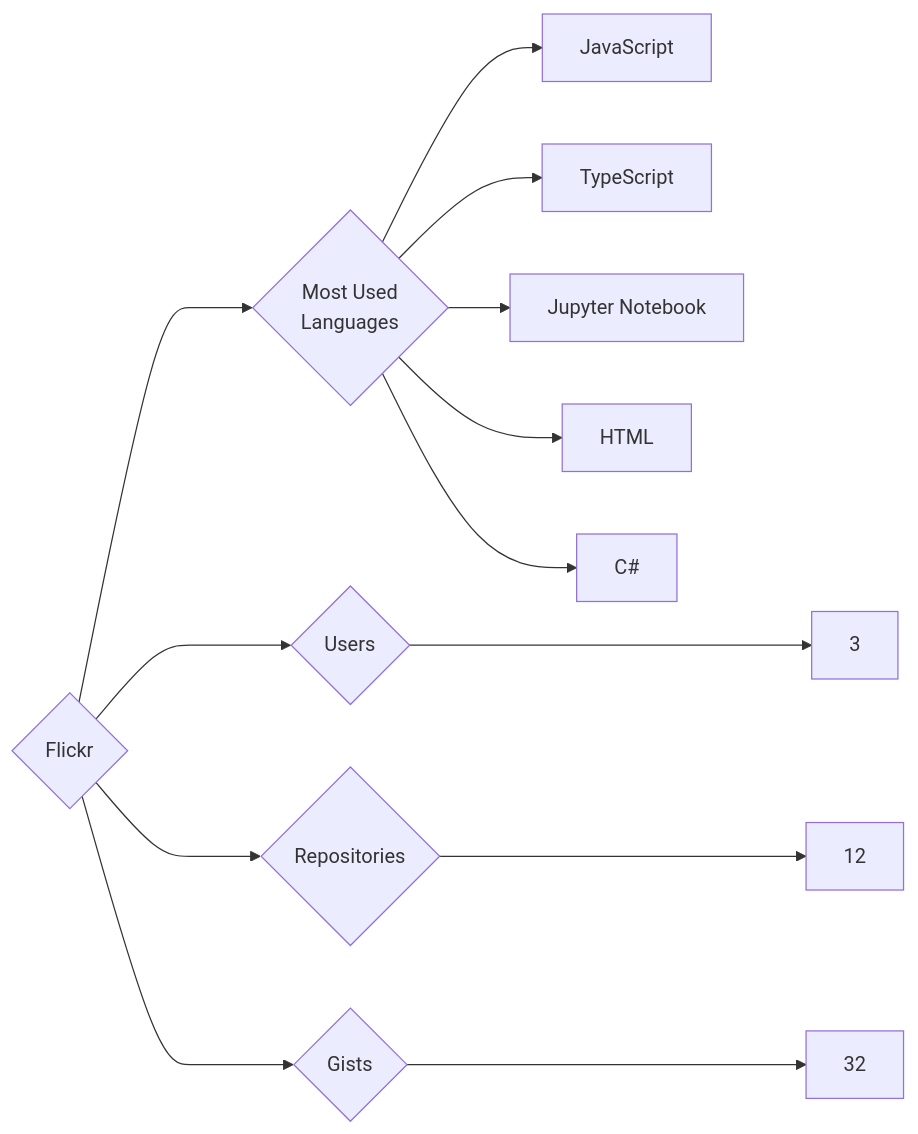
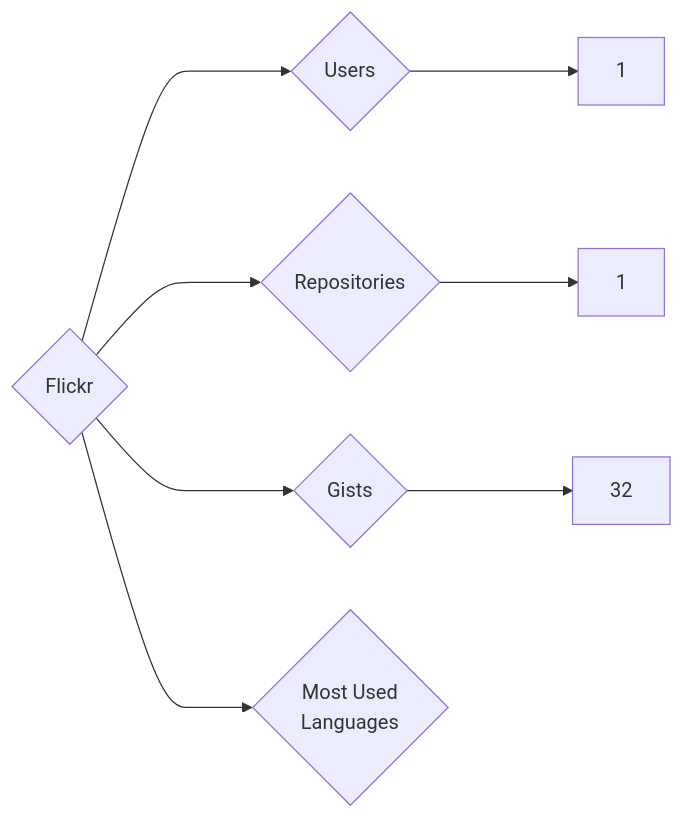
The diagram in targets/Flickr/README.md (trickest/insiders), drawn with Mermaid before and after one commit. The commit also changed 618 other files, not shown here.

````diff
--- a/targets/Flickr/README.md
+++ b/targets/Flickr/README.md
@@ -3,13 +3,8 @@
 ```mermaid
 graph LR
 COMPANY_NAME{Flickr}
-COMPANY_NAME ---> U{Users} ---> UN[3]
-COMPANY_NAME ---> R{Repositories} ---> RN[12]
+COMPANY_NAME ---> U{Users} ---> UN[1]
+COMPANY_NAME ---> R{Repositories} ---> RN[1]
 COMPANY_NAME ---> G{Gists} ---> GN[32]
 COMPANY_NAME ---> ML{Most Used<br>Languages}
-ML --> JavaScript[JavaScript]
-ML --> TypeScript[TypeScript]
-ML --> Jupyter_Notebook[Jupyter Notebook]
-ML --> HTML[HTML]
-ML --> C#[C#]
 ```
````
